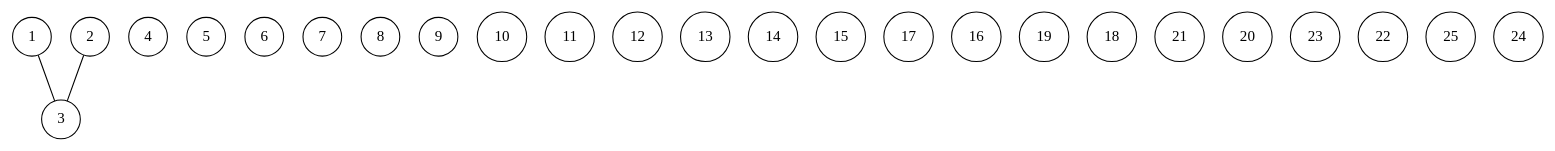
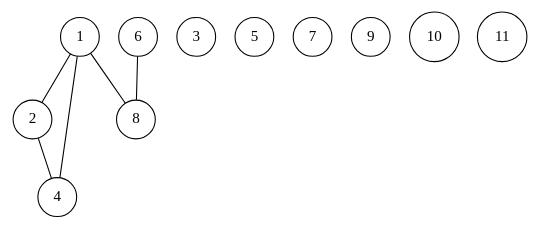
One commit to chris-wood/PL241-Compiler changed the diagram in project/caw001.txt.ig.dot. Above: the diagram before and after it, drawn with Graphviz. The commit also changed 11 other files, not shown here.

```diff
--- a/project/caw001.txt.ig.dot
+++ b/project/caw001.txt.ig.dot
@@ -1,30 +1,19 @@
 graph ig {
     node [shape = circle];
 1;
 2;
 3;
 4;
 5;
 6;
 7;
 8;
 9;
 10;
 11;
-12;
-13;
-14;
-15;
-17;
-16;
-19;
-18;
-21;
-20;
-23;
-22;
-25;
-24;
-1 -- 3;
-2 -- 3;
+1 -- 8;
+1 -- 4;
+1 -- 2;
+2 -- 4;
+6 -- 8;
 }
```
